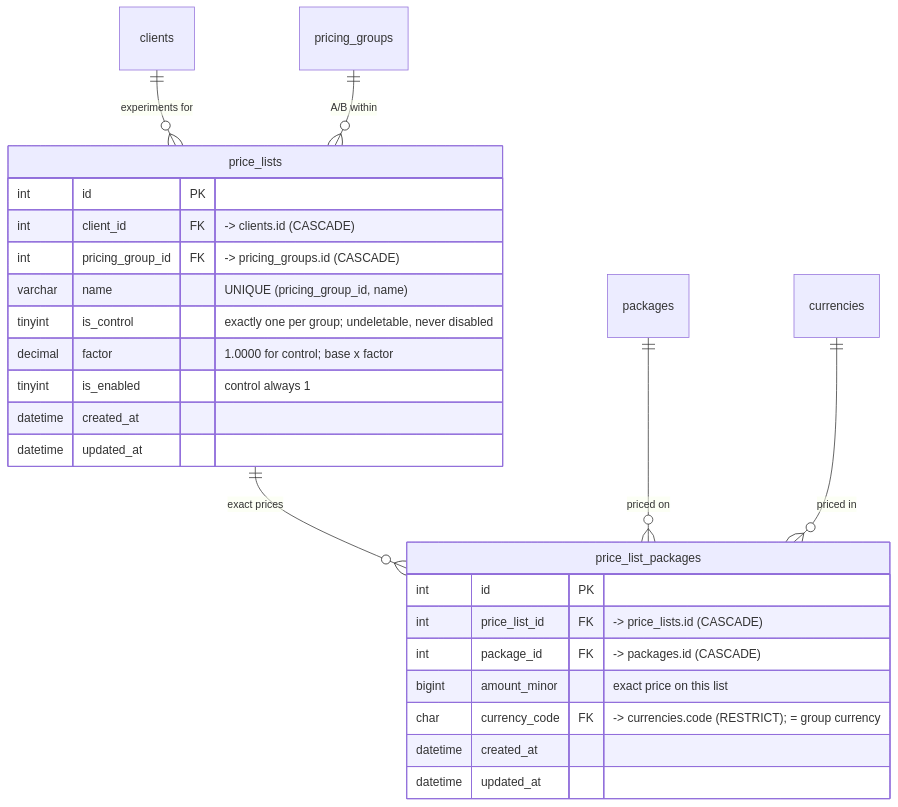
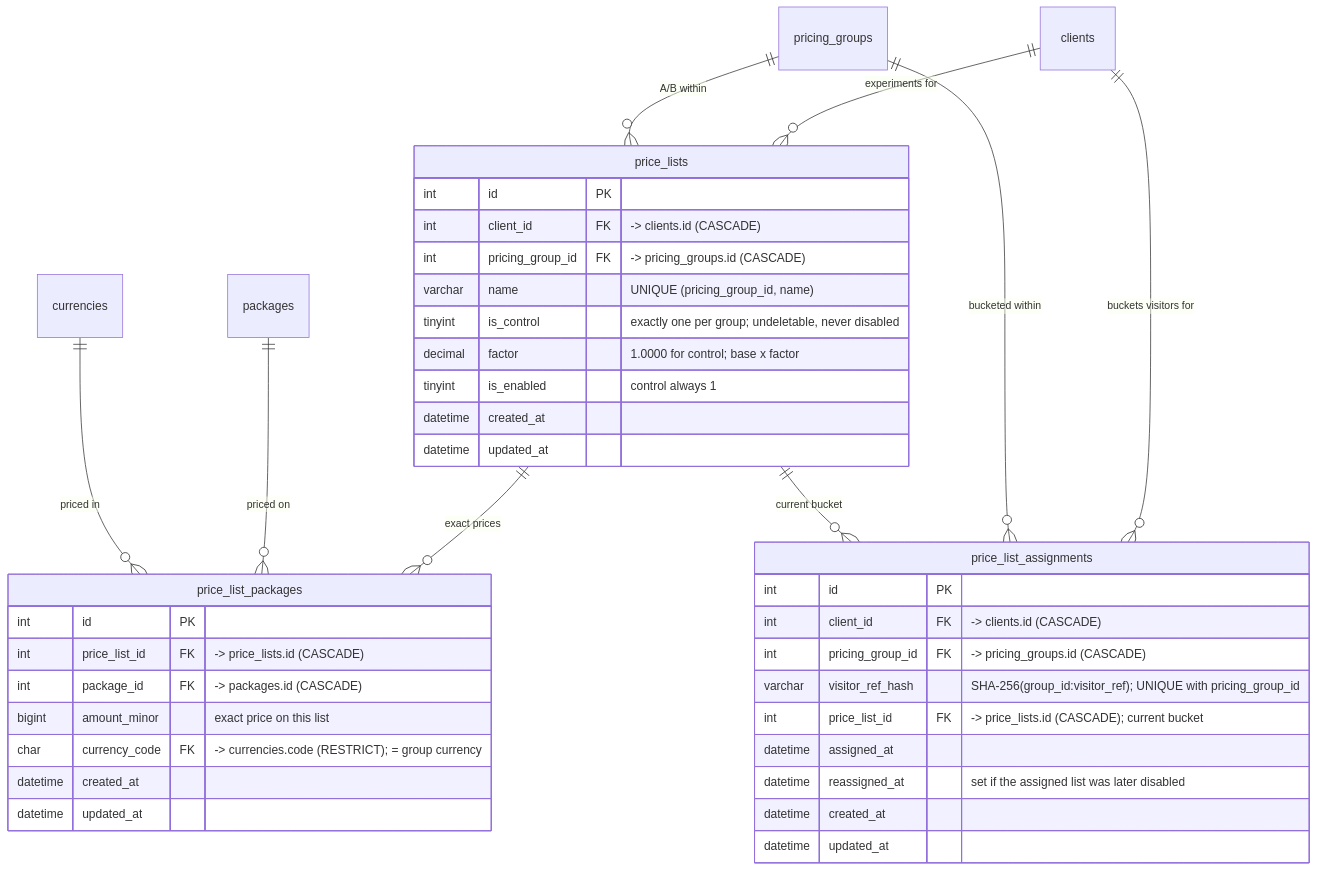
One commit to mahsashahi/Gomrok changed diagram 13 of 17 in .claude/docs/database-diagram.md. Above: the diagram before and after it, drawn with Mermaid. The commit also changed other lines of this file and 33 other files, not shown here.

First line of the commit message:
Phase 24 complete: A/B price-list visitor assignment

````diff
--- a/.claude/docs/database-diagram.md
+++ b/.claude/docs/database-diagram.md
@@ -588,29 +588,43 @@
 ```mermaid
 erDiagram
     price_lists {
         int id PK
         int client_id FK "-> clients.id (CASCADE)"
         int pricing_group_id FK "-> pricing_groups.id (CASCADE)"
         varchar name "UNIQUE (pricing_group_id, name)"
         tinyint is_control "exactly one per group; undeletable, never disabled"
         decimal factor "1.0000 for control; base x factor"
         tinyint is_enabled "control always 1"
         datetime created_at
         datetime updated_at
     }
     price_list_packages {
         int id PK
         int price_list_id FK "-> price_lists.id (CASCADE)"
         int package_id FK "-> packages.id (CASCADE)"
         bigint amount_minor "exact price on this list"
         char currency_code FK "-> currencies.code (RESTRICT); = group currency"
         datetime created_at
         datetime updated_at
     }
+    price_list_assignments {
+        int id PK
+        int client_id FK "-> clients.id (CASCADE)"
+        int pricing_group_id FK "-> pricing_groups.id (CASCADE)"
+        varchar visitor_ref_hash "SHA-256(group_id:visitor_ref); UNIQUE with pricing_group_id"
+        int price_list_id FK "-> price_lists.id (CASCADE); current bucket"
+        datetime assigned_at
+        datetime reassigned_at "set if the assigned list was later disabled"
+        datetime created_at
+        datetime updated_at
+    }
 
     clients ||--o{ price_lists : "experiments for"
     pricing_groups ||--o{ price_lists : "A/B within"
     price_lists ||--o{ price_list_packages : "exact prices"
     packages ||--o{ price_list_packages : "priced on"
     currencies ||--o{ price_list_packages : "priced in"
+    clients ||--o{ price_list_assignments : "buckets visitors for"
+    pricing_groups ||--o{ price_list_assignments : "bucketed within"
+    price_lists ||--o{ price_list_assignments : "current bucket"
 ```
````
